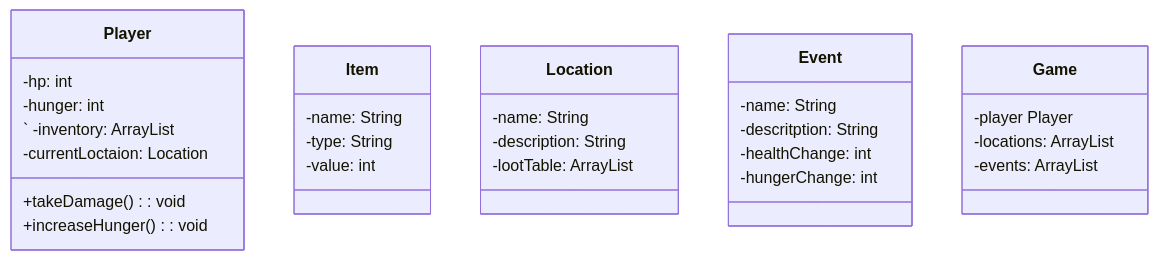
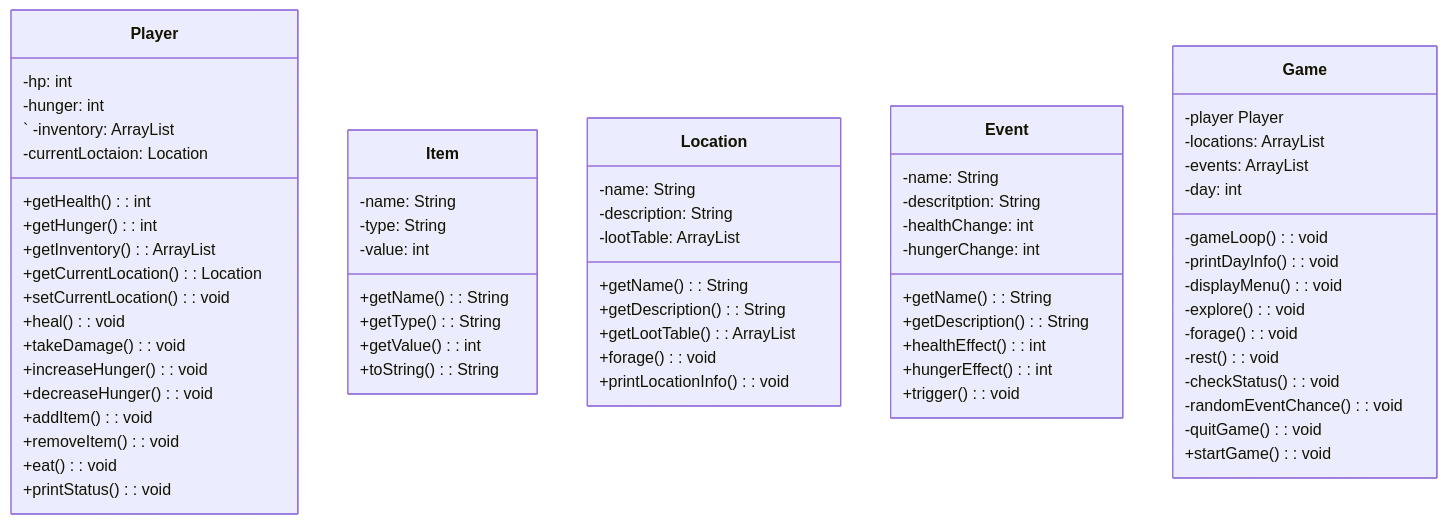
The diagram in README.md (nicholascoooper/Final-Project-CS121), drawn with Mermaid before and after one commit. The commit also changed other lines of this file, not shown here.

````diff
--- a/README.md
+++ b/README.md
@@ -17,39 +17,76 @@
 ```mermaid
 
 classDiagram
     
     class Player{
         -hp: int
         -hunger: int
 `       -inventory: ArrayList<Item>
         -currentLoctaion: Location
+        +getHealth(): int
+        +getHunger(): int
+        +getInventory(): ArrayList<Item>
+        +getCurrentLocation(): Location
+        +setCurrentLocation(): void
+        +heal(): void
         +takeDamage(): void
         +increaseHunger(): void
+        +decreaseHunger(): void
+        +addItem(): void
+        +removeItem(): void
+        +eat(): void
+        +printStatus(): void
+        
     }
 
     class Item{
         -name: String
         -type: String
         -value: int
+        +getName(): String
+        +getType(): String
+        +getValue(): int
+        +toString(): String
     }
 
     class Location{
         -name: String
         -description: String
         -lootTable: ArrayList<Item>
+        +getName(): String
+        +getDescription(): String
+        +getLootTable(): ArrayList<Item>
+        +forage(): void
+        +printLocationInfo(): void
     }
 
     class Event{
         -name: String
         -descritption: String
         -healthChange: int
         -hungerChange: int
+        +getName(): String
+        +getDescription(): String
+        +healthEffect(): int
+        +hungerEffect(): int
+        +trigger(): void
     }
 
     class Game{
         -player Player
         -locations: ArrayList<Location>
         -events: ArrayList<Event>
+        -day: int
+        -gameLoop(): void
+        -printDayInfo(): void
+        -displayMenu(): void
+        -explore(): void
+        -forage(): void
+        -rest(): void
+        -checkStatus(): void
+        -randomEventChance(): void
+        -quitGame(): void
+        +startGame(): void
     }
 
 ```
````
